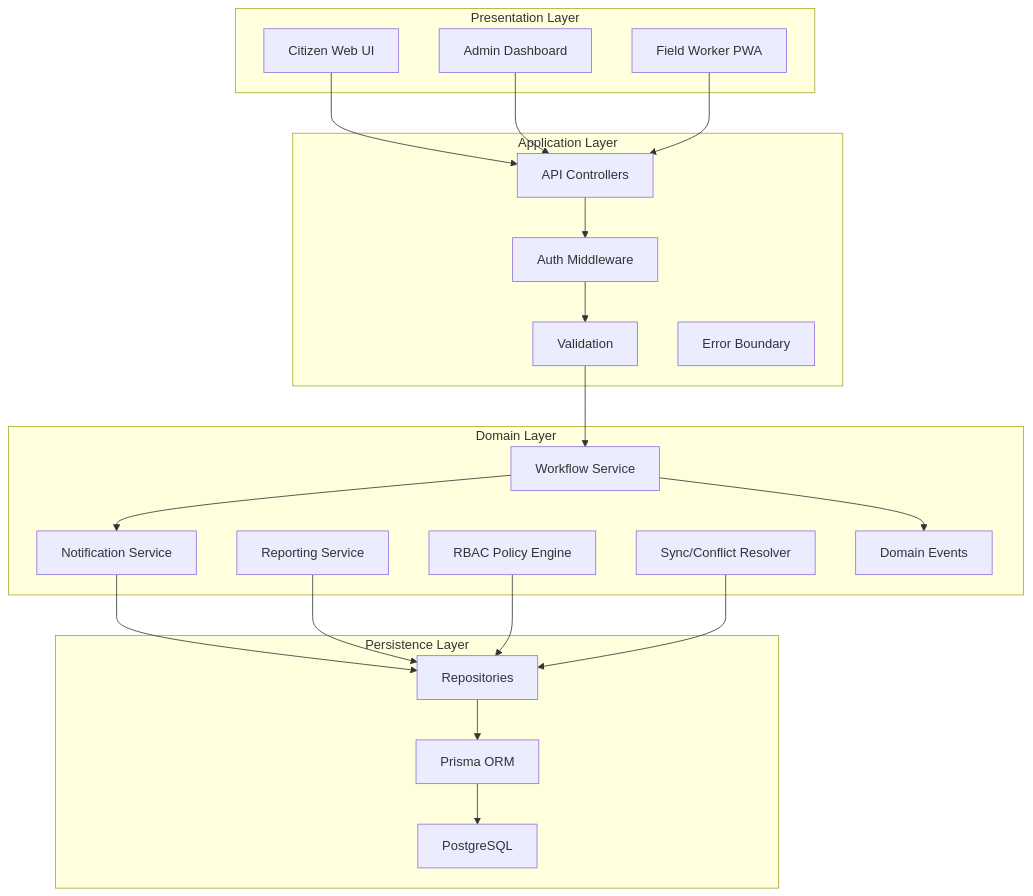
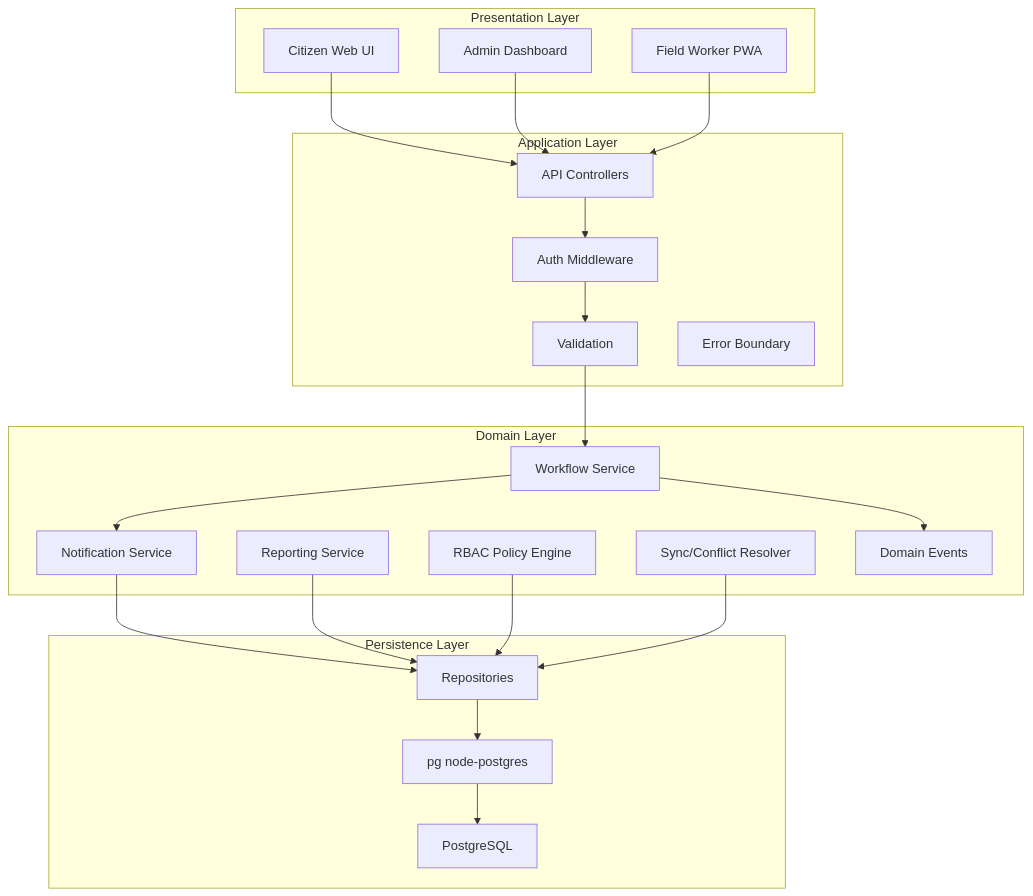
Before and after one commit to almasi06/-Civic-Connect-Platform: the diagram in documents/Architecture/logical-architecture.md, drawn with Mermaid.

Commit message:
Change ORM from Prisma to pg node-postgres

````diff
--- a/documents/Architecture/logical-architecture.md
+++ b/documents/Architecture/logical-architecture.md
@@ -9,41 +9,41 @@
 ```mermaid
 flowchart TD
     subgraph Presentation[Presentation Layer]
         A1[Citizen Web UI]
         A2[Admin Dashboard]
         A3[Field Worker PWA]
     end
     subgraph Application[Application Layer]
         B1[API Controllers]
         B2[Auth Middleware]
         B3[Validation]
         B4[Error Boundary]
     end
     subgraph Domain[Domain Layer]
         C1[Workflow Service]
         C2[Notification Service]
         C3[Reporting Service]
         C4[RBAC Policy Engine]
         C5[Sync/Conflict Resolver]
         C6[Domain Events]
     end
     subgraph Persistence[Persistence Layer]
         D1[Repositories]
-        D2[Prisma ORM]
+        D2[pg node-postgres]
         D3[PostgreSQL]
     end
     A1 --> B1
     A2 --> B1
     A3 --> B1
     B1 --> B2
     B2 --> B3
     B3 --> C1
     C1 --> C2
     C1 --> C6
     C2 --> D1
     C3 --> D1
     C4 --> D1
     C5 --> D1
     D1 --> D2
     D2 --> D3
 ```
````
